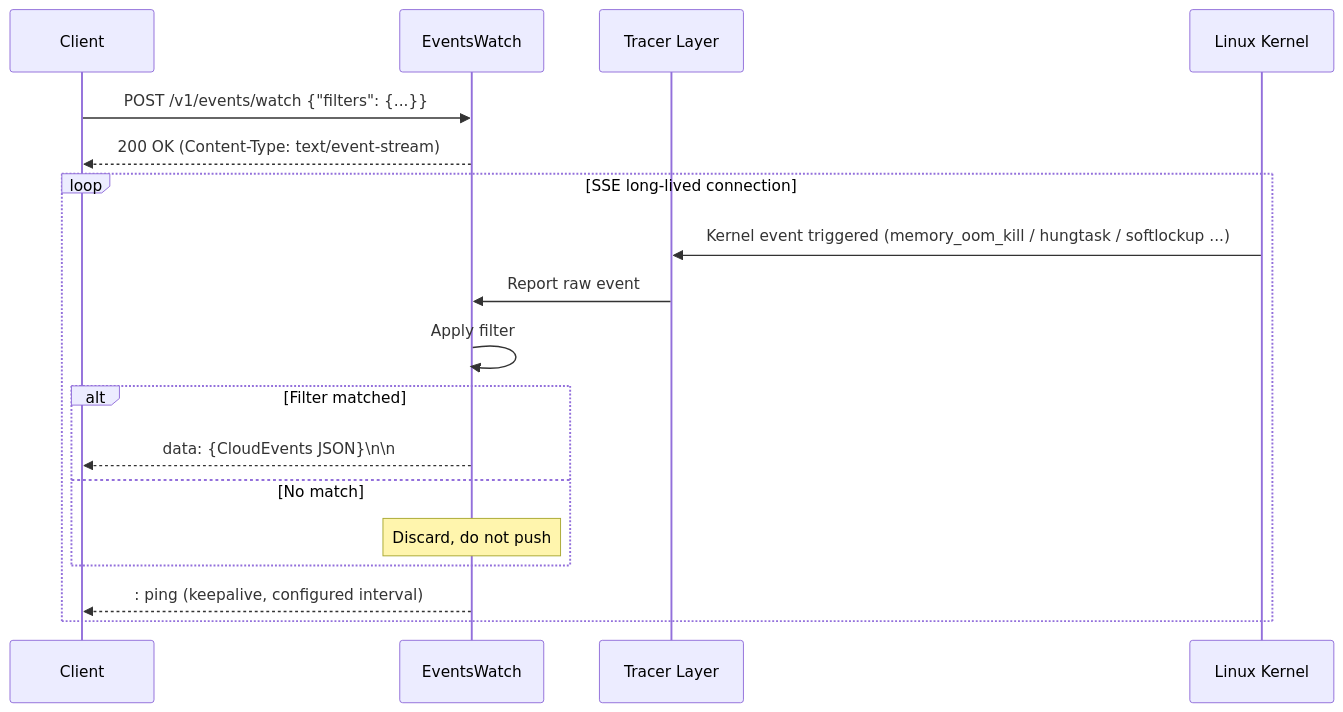
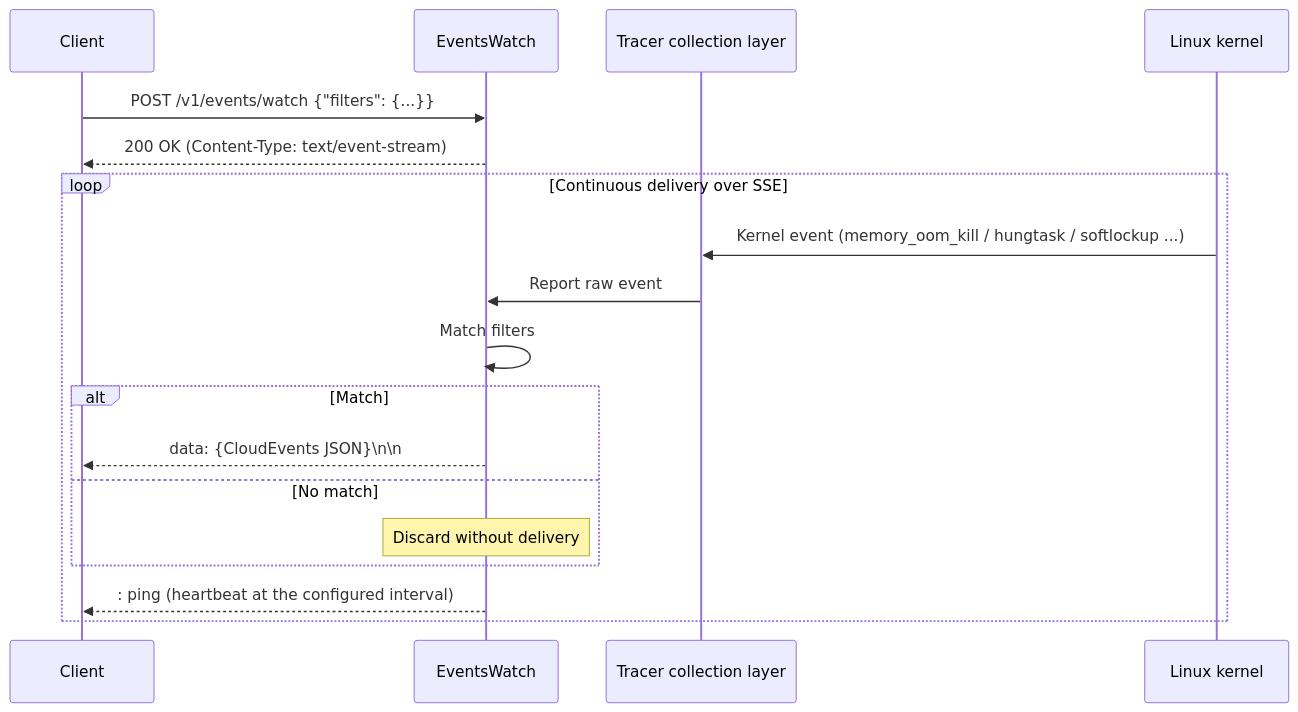
Before and after one commit to ccfos/huatuo: the diagram in docs/best-practice/events-watch_en.md, drawn with Mermaid. The commit also changed other lines of this file and 92 other files, not shown here.

````diff
--- a/docs/best-practice/events-watch_en.md
+++ b/docs/best-practice/events-watch_en.md
@@ -497,22 +388,22 @@
 ```mermaid
 sequenceDiagram
     participant C as Client
     participant EW as EventsWatch
-    participant T as Tracer Layer
-    participant K as Linux Kernel
+    participant T as Tracer collection layer
+    participant K as Linux kernel
 
     C->>EW: POST /v1/events/watch {"filters": {...}}
     EW-->>C: 200 OK (Content-Type: text/event-stream)
 
-    loop SSE long-lived connection
-        K->>T: Kernel event triggered (memory_oom_kill / hungtask / softlockup ...)
+    loop Continuous delivery over SSE
+        K->>T: Kernel event (memory_oom_kill / hungtask / softlockup ...)
         T->>EW: Report raw event
-        EW->>EW: Apply filter
-        alt Filter matched
+        EW->>EW: Match filters
+        alt Match
             EW-->>C: data: {CloudEvents JSON}\n\n
         else No match
-            note over EW: Discard, do not push
+            note over EW: Discard without delivery
         end
-        EW-->>C: : ping (keepalive, configured interval)
+        EW-->>C: : ping (heartbeat at the configured interval)
     end
 ```
````
